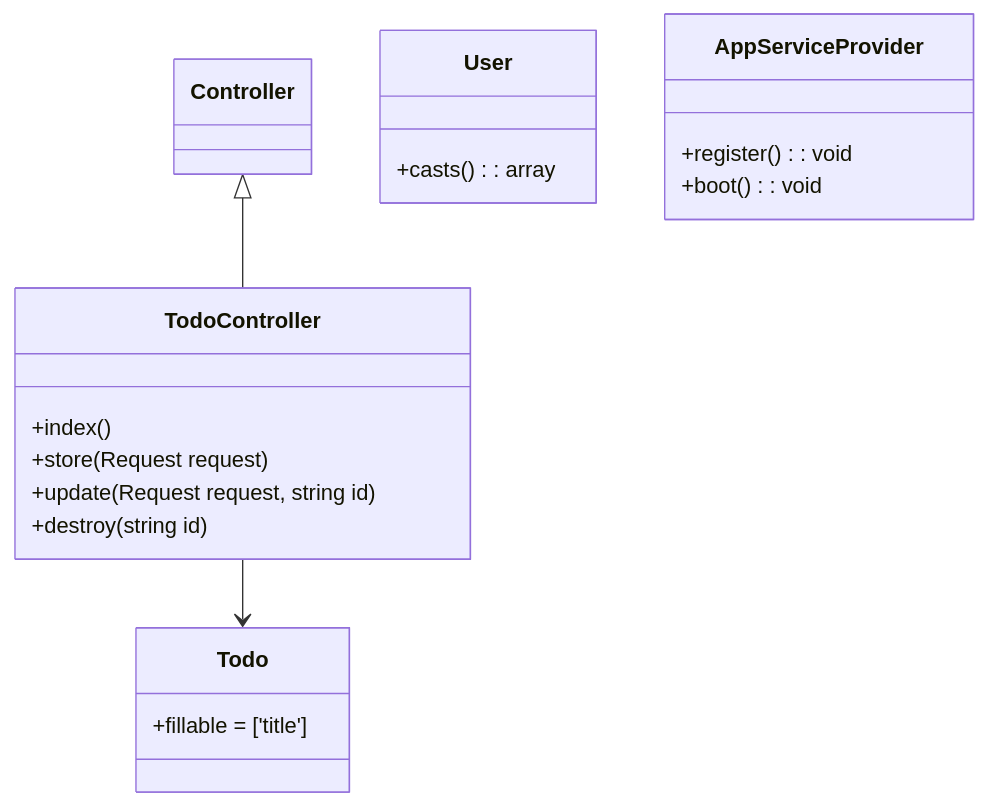
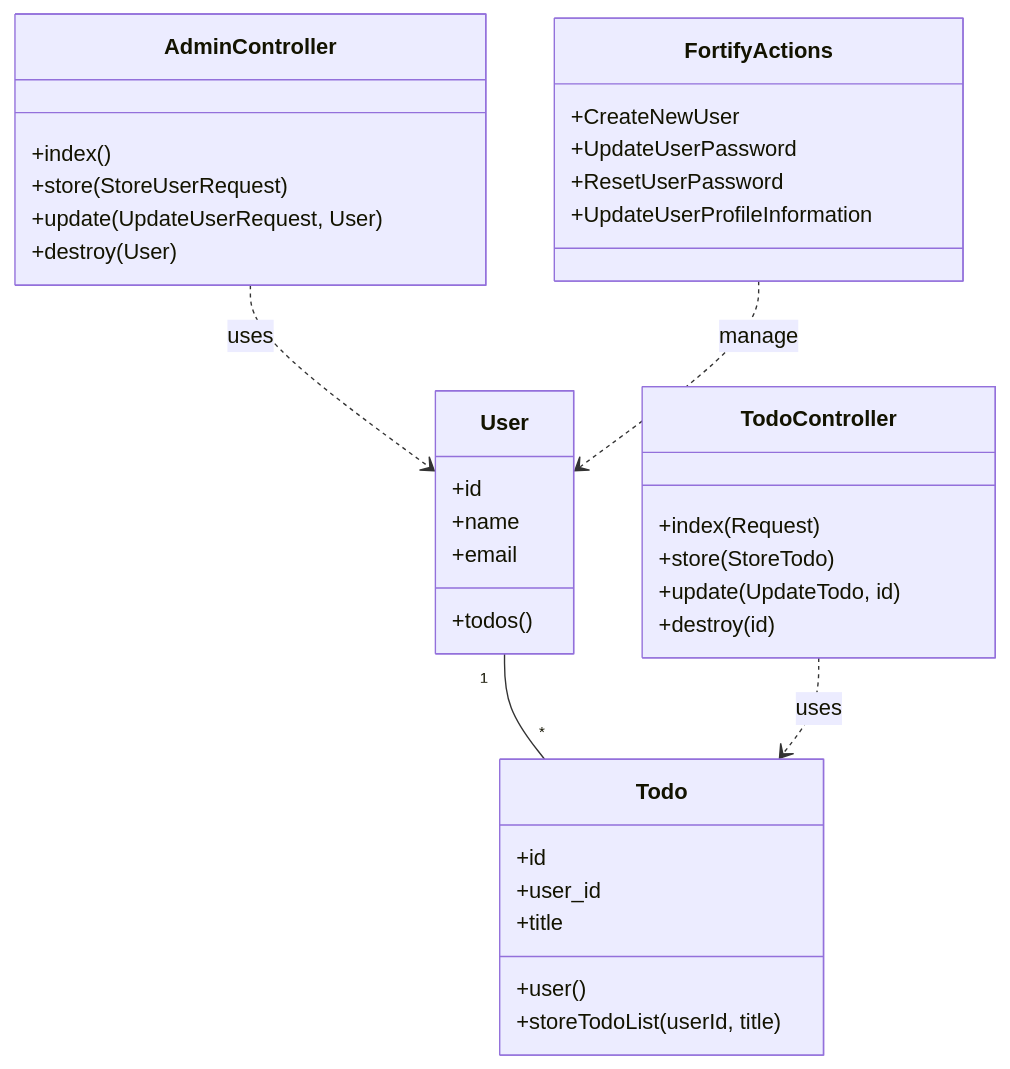
One commit to alcion-demo/laravel_API_React changed the second of 2 diagrams in README.md. Above: the diagram before and after it, drawn with Mermaid. The commit also changed other lines of this file and 14 other files, not shown here.

````diff
--- a/README.md
+++ b/README.md
@@ -166,30 +182,39 @@
 ```mermaid
 classDiagram
-
-  class Controller {
+  class User {
+    +id
+    +name
+    +email
+    +todos()
+  }
+  class Todo {
+    +id
+    +user_id
+    +title
+    +user()
+    +storeTodoList(userId, title)
+  }
+  class TodoController {
+    +index(Request)
+    +store(StoreTodo)
+    +update(UpdateTodo, id)
+    +destroy(id)
+  }
+  class AdminController {
+    +index()
+    +store(StoreUserRequest)
+    +update(UpdateUserRequest, User)
+    +destroy(User)
+  }
+  class FortifyActions {
+    +CreateNewUser
+    +UpdateUserPassword
+    +ResetUserPassword
+    +UpdateUserProfileInformation
   }
 
-  class TodoController {
-    +index()
-    +store(Request request)
-    +update(Request request, string id)
-    +destroy(string id)
-  }
-
-  class Todo {
-    +fillable = ['title']
-  }
-
-  class User {
-    +casts(): array
-  }
-
-  class AppServiceProvider {
-    +register(): void
-    +boot(): void
-  }
-
-
-  Controller <|-- TodoController
-  TodoController --> Todo
+  User "1" -- "*" Todo
+  TodoController ..> Todo : uses
+  AdminController ..> User : uses
+  FortifyActions ..> User : manage
 ```
````
